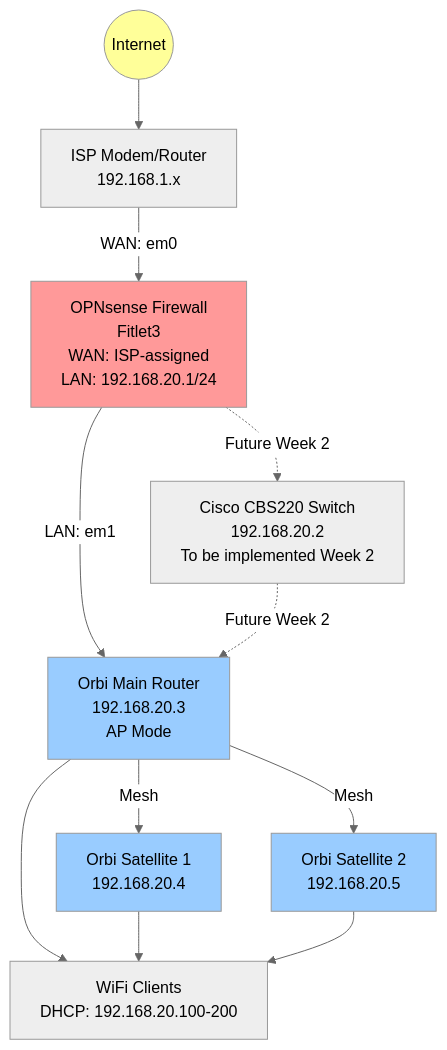
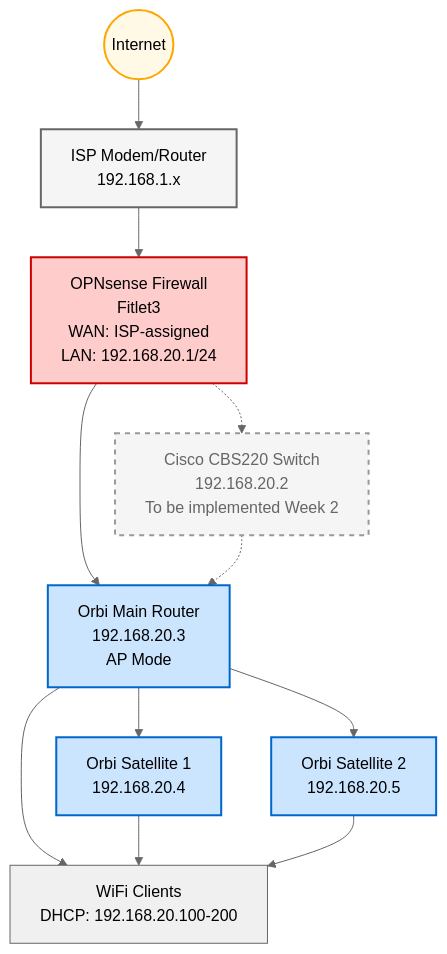
Before and after one commit to aott33/aott33.github.io: the diagram in _posts/2025-11-10-week-01-router-config.md, drawn with Mermaid (neutral theme). The commit also changed other lines of this file, not shown here.

````diff
--- a/_posts/2025-11-10-week-01-router-config.md
+++ b/_posts/2025-11-10-week-01-router-config.md
@@ -34,33 +34,36 @@
 ```mermaid
 graph TB
     Internet((Internet))
     ISP[ISP Modem/Router<br/>192.168.1.x]
 
     OPN[OPNsense Firewall<br/>Fitlet3<br/>WAN: ISP-assigned<br/>LAN: 192.168.20.1/24]
 
     Switch[Cisco CBS220 Switch<br/>192.168.20.2<br/>To be implemented Week 2]
 
     Orbi_Main[Orbi Main Router<br/>192.168.20.3<br/>AP Mode]
     Orbi_Sat1[Orbi Satellite 1<br/>192.168.20.4]
     Orbi_Sat2[Orbi Satellite 2<br/>192.168.20.5]
 
     Clients[WiFi Clients<br/>DHCP: 192.168.20.100-200]
 
     Internet --> ISP
-    ISP -->|WAN: em0| OPN
-    OPN -->|LAN: em1| Orbi_Main
-    OPN -.->|Future Week 2| Switch
-    Switch -.->|Future Week 2| Orbi_Main
+    ISP --> OPN
+    OPN --> Orbi_Main
+    OPN -.-> Switch
+    Switch -.-> Orbi_Main
 
-    Orbi_Main -->|Mesh| Orbi_Sat1
-    Orbi_Main -->|Mesh| Orbi_Sat2
+    Orbi_Main --> Orbi_Sat1
+    Orbi_Main --> Orbi_Sat2
     Orbi_Main --> Clients
     Orbi_Sat1 --> Clients
     Orbi_Sat2 --> Clients
 
-    style OPN fill:#ff9999
-    style Orbi_Main fill:#99ccff
-    style Orbi_Sat1 fill:#99ccff
-    style Orbi_Sat2 fill:#99ccff
-    style Internet fill:#ffff99
+    style OPN fill:#ffcccc,stroke:#cc0000,stroke-width:2px,color:#000
+    style Switch fill:#f5f5f5,stroke:#999,stroke-width:2px,stroke-dasharray:5 5,color:#666
+    style Orbi_Main fill:#cce5ff,stroke:#0066cc,stroke-width:2px,color:#000
+    style Orbi_Sat1 fill:#cce5ff,stroke:#0066cc,stroke-width:2px,color:#000
+    style Orbi_Sat2 fill:#cce5ff,stroke:#0066cc,stroke-width:2px,color:#000
+    style Internet fill:#fff9e6,stroke:#ffa500,stroke-width:2px,color:#000
+    style ISP fill:#f5f5f5,stroke:#666,stroke-width:2px,color:#000
+    style Clients fill:#f0f0f0,stroke:#666,stroke-width:1px,color:#000
 ```
````
